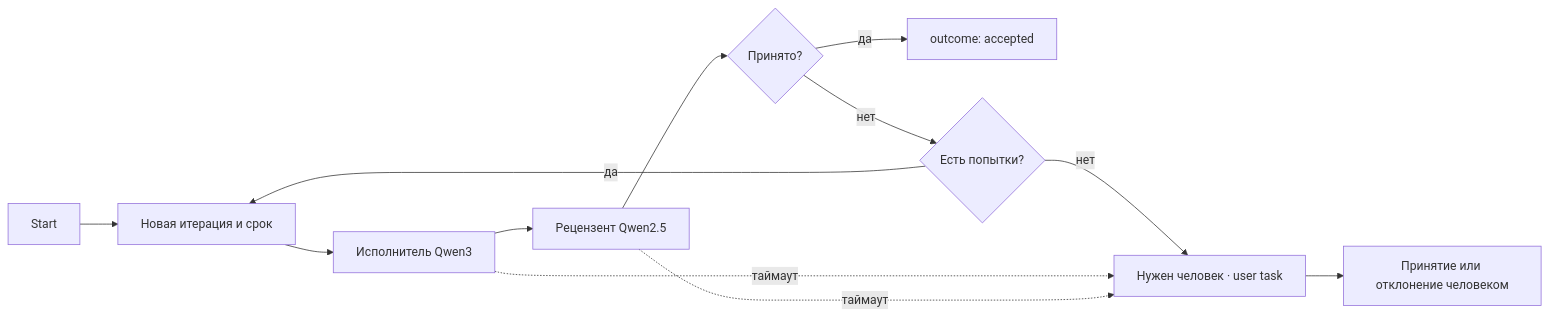
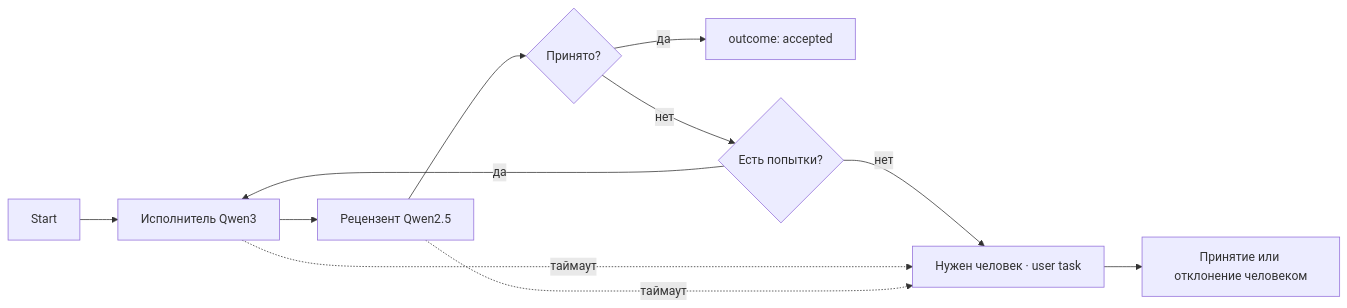
One commit to nicolas-vp/go-bpm-ai-orchestrator changed the diagram in README.md. Above: the diagram before and after it, drawn with Mermaid. The commit also changed other lines of this file and 16 other files, not shown here.

Commit message:
Применить новую схему и перенести технические действия в переходы

````diff
--- a/README.md
+++ b/README.md
@@ -51,14 +51,13 @@
 ```mermaid
 flowchart LR
-  Start --> Prepare[Новая итерация и срок]
-  Prepare --> Write[Исполнитель Qwen3]
+  Start --> Write[Исполнитель Qwen3]
   Write --> Review[Рецензент Qwen2.5]
   Review --> Verdict{Принято?}
   Verdict -->|да| Accepted[outcome: accepted]
   Verdict -->|нет| Limit{Есть попытки?}
-  Limit -->|да| Prepare
+  Limit -->|да| Write
   Limit -->|нет| Human[Нужен человек · user task]
   Write -. таймаут .-> Human
   Review -. таймаут .-> Human
   Human --> Decision[Принятие или отклонение человеком]
 ```
````
